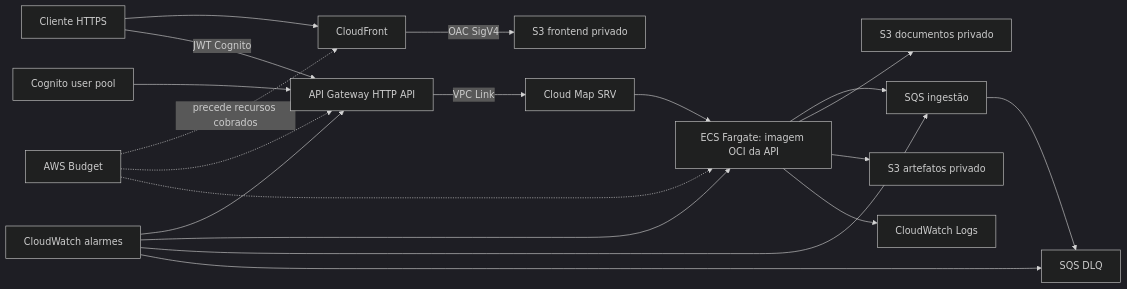
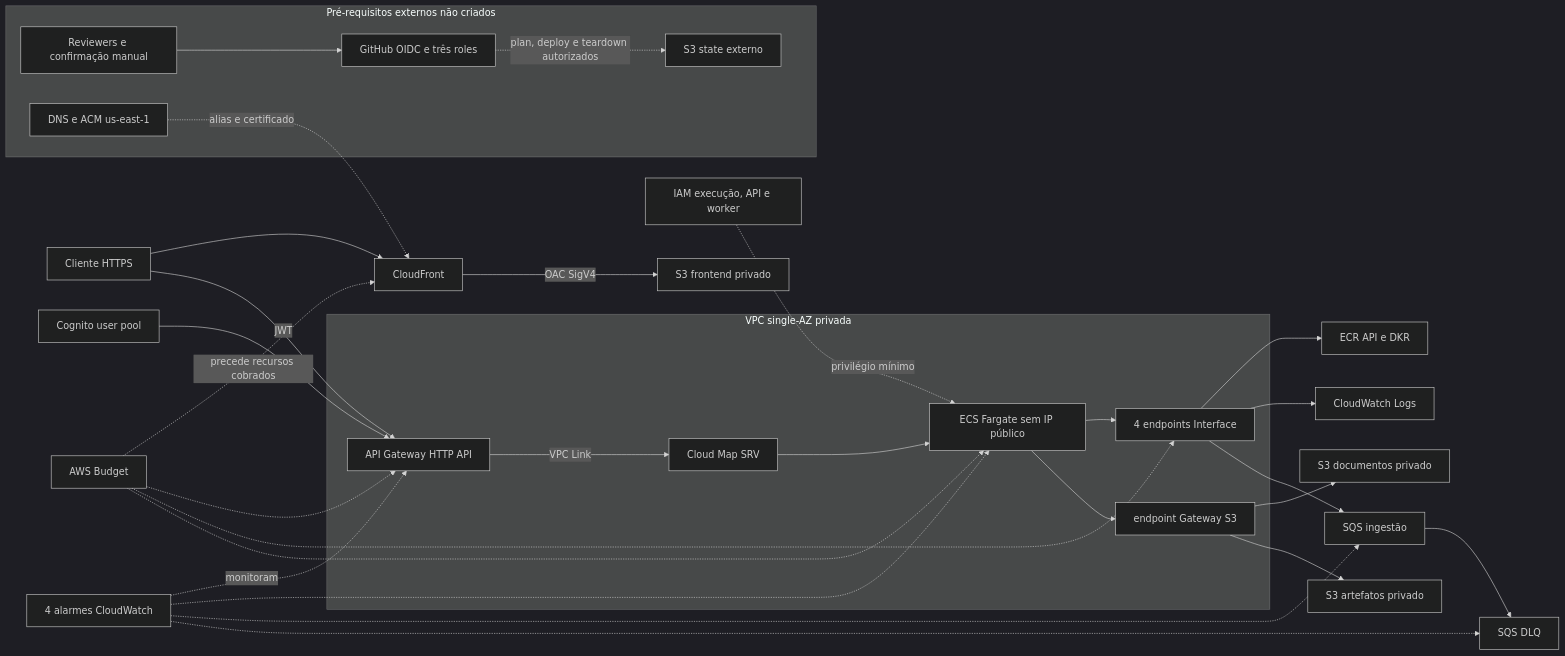
The diagram in infra/aws/demo/README.md (HiRenan/senai-prescriptive-maintenance), drawn with Mermaid (dark theme) before and after one commit. The commit also changed other lines of this file and 4 other files, not shown here.

First line of the commit message:
docs(aws): validate demo architecture evidence (#46)

````diff
--- a/infra/aws/demo/README.md
+++ b/infra/aws/demo/README.md
@@ -25,21 +25,38 @@
 ```mermaid
 flowchart LR
+  subgraph External[Pré-requisitos externos não criados]
+    Approval[Reviewers e confirmação manual] --> OIDC[GitHub OIDC e três roles]
+    State[S3 state externo]
+    DNS[DNS e ACM us-east-1]
+  end
+
   Viewer[Cliente HTTPS] --> CF[CloudFront]
   CF -->|OAC SigV4| Frontend[S3 frontend privado]
-  Viewer -->|JWT Cognito| APIGW[API Gateway HTTP API]
+  DNS -. alias e certificado .-> CF
+  Viewer -->|JWT| APIGW[API Gateway HTTP API]
   Cognito[Cognito user pool] --> APIGW
-  APIGW -->|VPC Link| CloudMap[Cloud Map SRV]
-  CloudMap --> ECS[ECS Fargate: imagem OCI da API]
-  ECS --> Queue[SQS ingestão]
+
+  subgraph Private[VPC single-AZ privada]
+    APIGW -->|VPC Link| CloudMap[Cloud Map SRV]
+    CloudMap --> ECS[ECS Fargate sem IP público]
+    ECS --> Interfaces[4 endpoints Interface]
+    ECS --> S3Gateway[endpoint Gateway S3]
+  end
+
+  Interfaces --> ECR[ECR API e DKR]
+  Interfaces --> Logs[CloudWatch Logs]
+  Interfaces --> Queue[SQS ingestão]
   Queue --> DLQ[SQS DLQ]
-  ECS --> Documents[S3 documentos privado]
-  ECS --> Artifacts[S3 artefatos privado]
-  ECS --> Logs[CloudWatch Logs]
+  S3Gateway --> Documents[S3 documentos privado]
+  S3Gateway --> Artifacts[S3 artefatos privado]
+  Roles[IAM execução, API e worker] -. privilégio mínimo .-> ECS
   Budget[AWS Budget] -. precede recursos cobrados .-> CF
   Budget -.-> APIGW
+  Budget -.-> Interfaces
   Budget -.-> ECS
-  Alarms[CloudWatch alarmes] --> APIGW
-  Alarms --> ECS
-  Alarms --> Queue
-  Alarms --> DLQ
+  Alarms[4 alarmes CloudWatch] -. monitoram .-> APIGW
+  Alarms -.-> ECS
+  Alarms -.-> Queue
+  Alarms -.-> DLQ
+  OIDC -. plan, deploy e teardown autorizados .-> State
 ```
````
